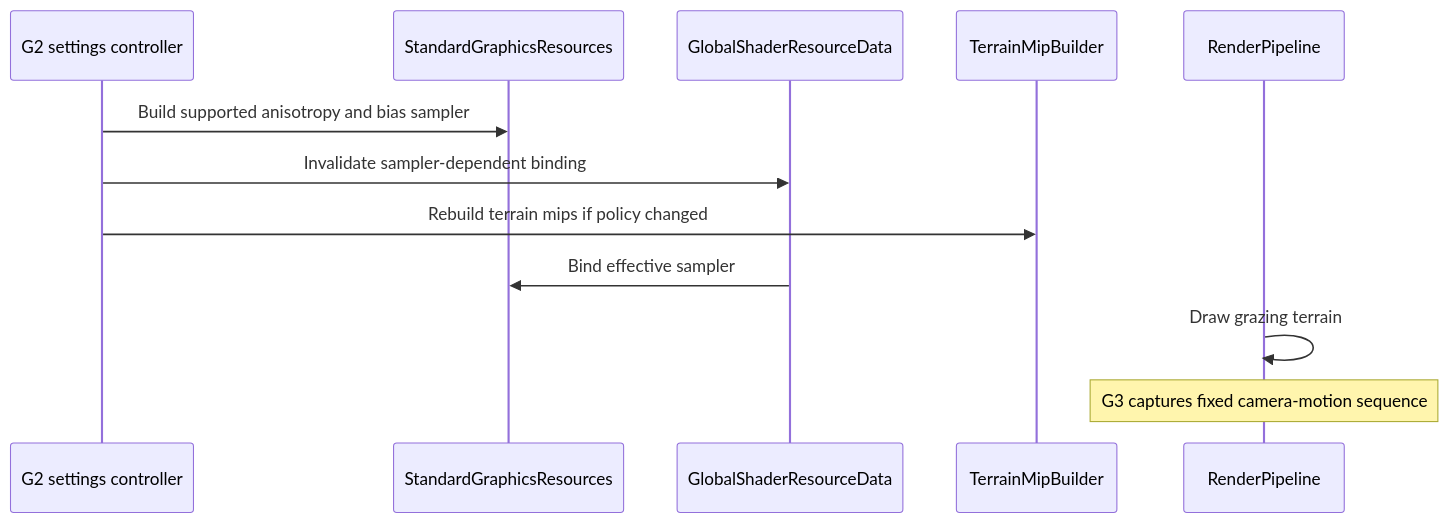
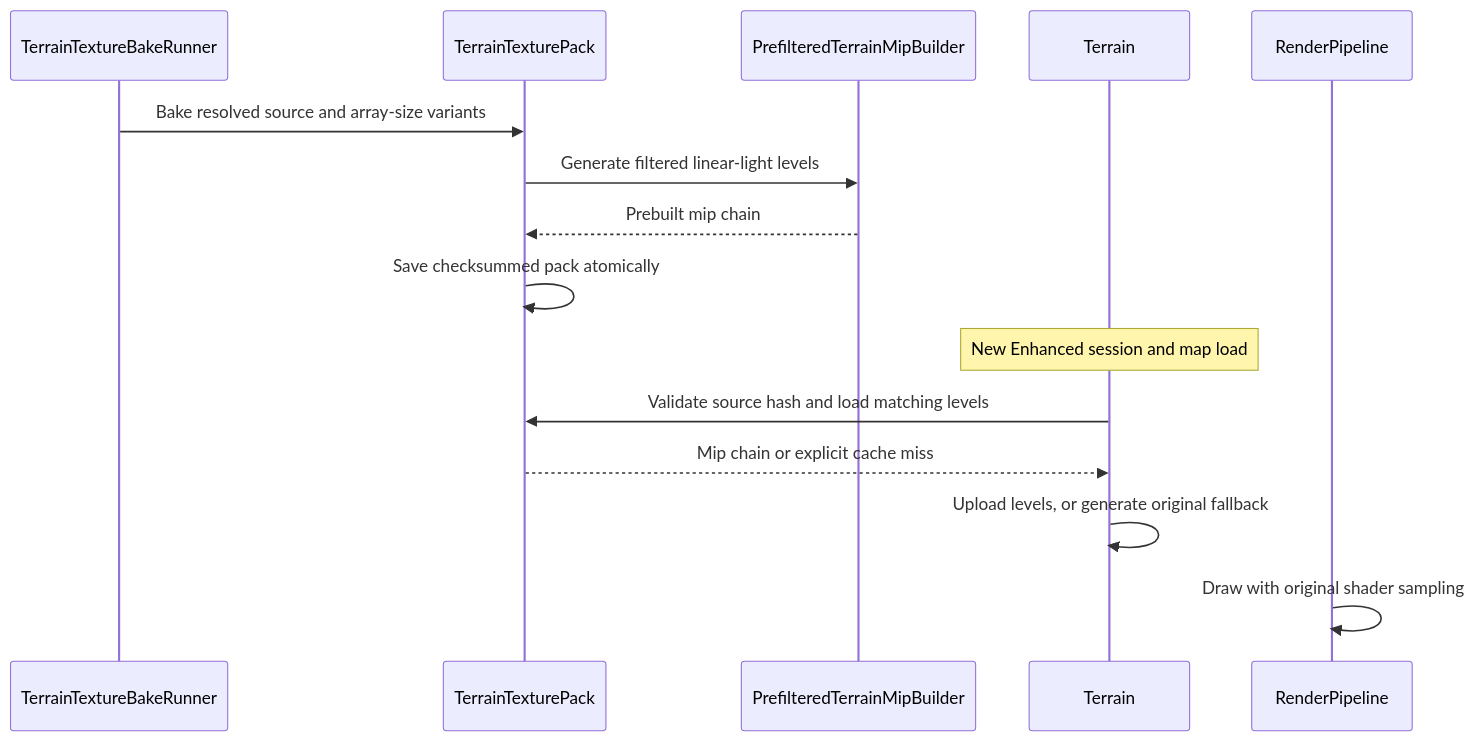
One commit to rmessinger/Panopticon changed the second of 2 diagrams in docs/roadmap/deep-dives/g7-texture-filtering.md. Above: the diagram before and after it, drawn with Mermaid. The commit also changed other lines of this file and 49 other files, not shown here.

````diff
--- a/docs/roadmap/deep-dives/g7-texture-filtering.md
+++ b/docs/roadmap/deep-dives/g7-texture-filtering.md
@@ -74,14 +81,17 @@
 ```mermaid
 sequenceDiagram
-  participant C as G2 settings controller
-  participant S as StandardGraphicsResources
-  participant G as GlobalShaderResourceData
-  participant T as TerrainMipBuilder
+  participant B as TerrainTextureBakeRunner
+  participant P as TerrainTexturePack
+  participant M as PrefilteredTerrainMipBuilder
+  participant T as Terrain
   participant R as RenderPipeline
-  C->>S: Build supported anisotropy and bias sampler
-  C->>G: Invalidate sampler-dependent binding
-  C->>T: Rebuild terrain mips if policy changed
-  G->>S: Bind effective sampler
-  R->>R: Draw grazing terrain
-  Note over R: G3 captures fixed camera-motion sequence
+  B->>P: Bake resolved source and array-size variants
+  P->>M: Generate filtered linear-light levels
+  M-->>P: Prebuilt mip chain
+  P->>P: Save checksummed pack atomically
+  Note over T: New Enhanced session and map load
+  T->>P: Validate source hash and load matching levels
+  P-->>T: Mip chain or explicit cache miss
+  T->>T: Upload levels, or generate original fallback
+  R->>R: Draw with original shader sampling
 ```
````
